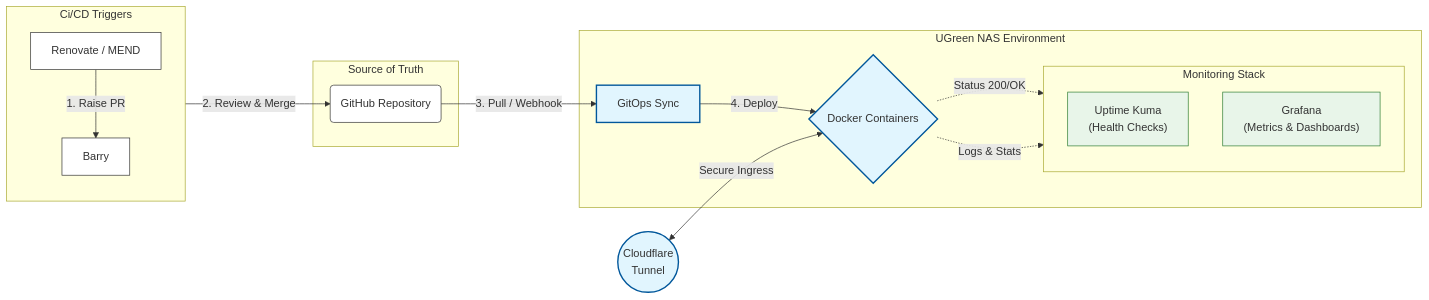
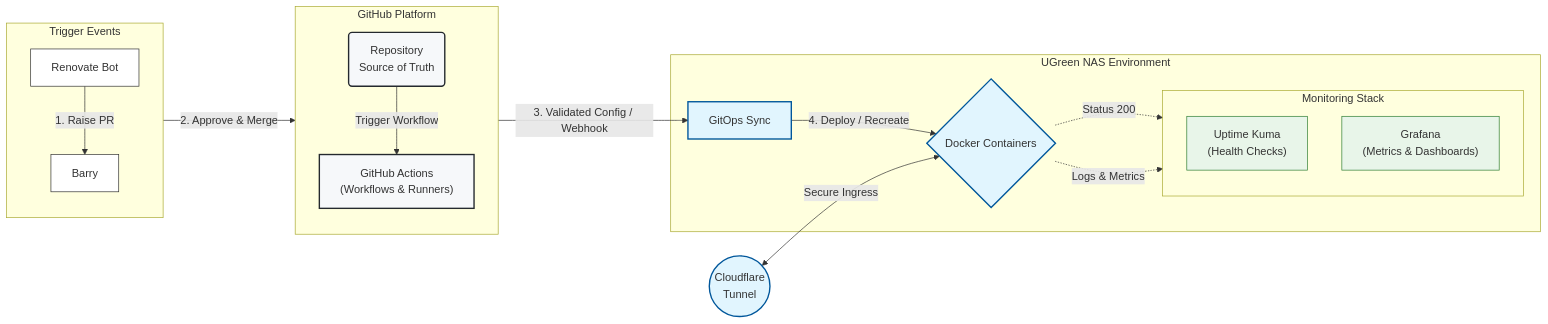
Before and after one commit to barmcsorley/barmcsorley: the diagram in README.md, drawn with Mermaid.

````diff
--- a/README.md
+++ b/README.md
@@ -25,44 +25,61 @@
 ```mermaid
 flowchart LR
-    %% Define Subgraphs for visual grouping
-    subgraph Inputs [Ci/CD Triggers]
+    %% 1. INPUTS
+    subgraph Inputs [Trigger Events]
         direction TB
-        Renovate[Renovate / MEND]
+        Renovate[Renovate Bot]
         User[Barry]
     end
 
-    subgraph Source [Source of Truth]
-        Repo(GitHub Repository)
+    %% 2. GITHUB ECOSYSTEM (The CI/CD Engine)
+    subgraph GH [GitHub Platform]
+        direction TB
+        Repo(Repository<br/>Source of Truth)
+        Actions["GitHub Actions<br/>(Workflows & Runners)"]
+        
+        %% CI Link inside GitHub
+        Repo -->|Trigger Workflow| Actions
     end
 
+    %% 3. INFRASTRUCTURE (The CD Target)
     subgraph Infra [UGreen NAS Environment]
         NAS[GitOps Sync]
         Containers{Docker Containers}
         
         subgraph Observability [Monitoring Stack]
             direction TB
             Kuma["Uptime Kuma<br/>(Health Checks)"]
             Grafana["Grafana<br/>(Metrics & Dashboards)"]
         end
     end
 
-    %% The Flow Connections - RE-ROUTED PER REQUEST
+    %% --- FLOW CONNECTIONS ---
+    
+    %% Renovate raises PR, Barry reviews
     Renovate -->|1. Raise PR| User
-    User -->|2. Review & Merge| Repo
-    Repo -->|3. Pull / Webhook| NAS
-    NAS -->|4. Deploy| Containers
     
-    %% Networking & Monitoring Connections
+    %% Barry merges to Repo
+    User -->|2. Approve & Merge| Repo
+    
+    %% Actions validates and hands off to NAS
+    Actions -->|3. Validated Config / Webhook| NAS
+    
+    %% NAS deploys
+    NAS -->|4. Deploy / Recreate| Containers
+    
+    %% Networking & Monitoring
     Cloudflare(("Cloudflare<br/>Tunnel")) <-->|Secure Ingress| Containers
-    Containers -.->|Status 200/OK| Kuma
-    Containers -.->|Logs & Stats| Grafana
+    Containers -.->|Status 200| Kuma
+    Containers -.->|Logs & Metrics| Grafana
 
-    %% Styling for "Director Level" polish
+    %% --- STYLING ---
     classDef plain fill:#fff,stroke:#333,stroke-width:1px;
-    classDef highlight fill:#e1f5fe,stroke:#01579b,stroke-width:2px;
+    classDef gh fill:#f6f8fa,stroke:#24292e,stroke-width:2px;
+    classDef infra fill:#e1f5fe,stroke:#01579b,stroke-width:2px;
     classDef monitor fill:#e8f5e9,stroke:#2e7d32,stroke-width:1px;
     
-    class Renovate,User,Repo plain;
-    class NAS,Containers,Cloudflare highlight;
+    class Renovate,User plain;
+    class Repo,Actions gh;
+    class NAS,Containers,Cloudflare infra;
     class Kuma,Grafana monitor;
 ```
````
